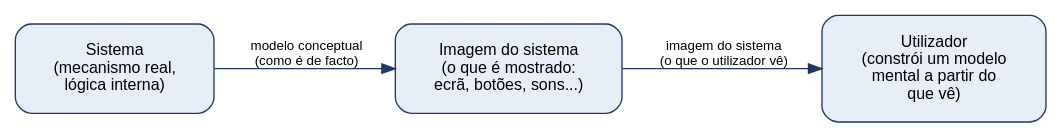
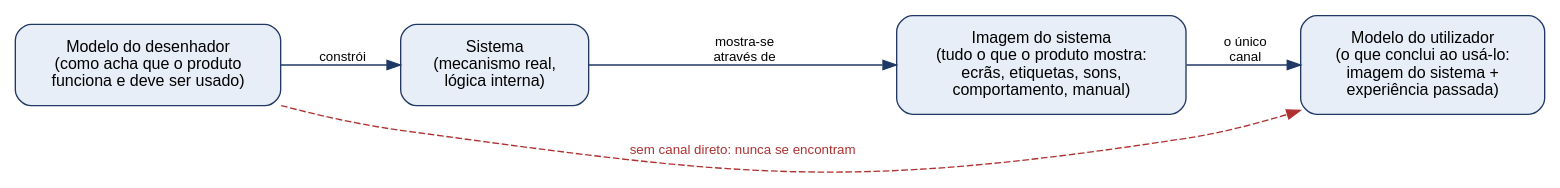
Before and after one commit to GoncaloAS/FCUP_1S_3A: the diagram in IPM/figuras/modelo_conceptual_imagem_sistema.dot, drawn with Graphviz. The commit also changed 247 other files, not shown here.

```diff
--- a/IPM/figuras/modelo_conceptual_imagem_sistema.dot
+++ b/IPM/figuras/modelo_conceptual_imagem_sistema.dot
@@ -1,12 +1,15 @@
 digraph modelo_conceptual {
-  rankdir=LR;
-  node [shape=box, style="rounded,filled", fillcolor="#e8eef7", color="#1f3864", fontname="Helvetica", fontsize=12, margin="0.3,0.2"];
+  rankdir=LR; nodesep=0.5; ranksep=0.6;
+  node [shape=box, style="rounded,filled", fillcolor="#e8eef7", color="#1f3864", fontname="Helvetica", fontsize=12, margin="0.25,0.15"];
   edge [color="#1f3864", fontname="Helvetica", fontsize=10];
 
+  Desenhador [label="Modelo do desenhador\n(como acha que o produto\nfunciona e deve ser usado)"];
   Sistema [label="Sistema\n(mecanismo real,\nlógica interna)"];
-  Imagem [label="Imagem do sistema\n(o que é mostrado:\necrã, botões, sons...)"];
-  Utilizador [label="Utilizador\n(constrói um modelo\nmental a partir do\nque vê)"];
+  Imagem [label="Imagem do sistema\n(tudo o que o produto mostra:\necrãs, etiquetas, sons,\ncomportamento, manual)"];
+  Utilizador [label="Modelo do utilizador\n(o que conclui ao usá-lo:\nimagem do sistema +\nexperiência passada)"];
 
-  Sistema -> Imagem [label="  modelo conceptual\n  (como é de facto)"];
-  Imagem -> Utilizador [label="  imagem do sistema\n  (o que o utilizador vê)"];
+  Desenhador -> Sistema [label="  constrói"];
+  Sistema -> Imagem [label="  mostra-se\n  através de"];
+  Imagem -> Utilizador [label="  o único\n  canal"];
+  Desenhador -> Utilizador [style=dashed, color="#b03030", fontcolor="#b03030", constraint=false, label="sem canal direto: nunca se encontram"];
 }
```
